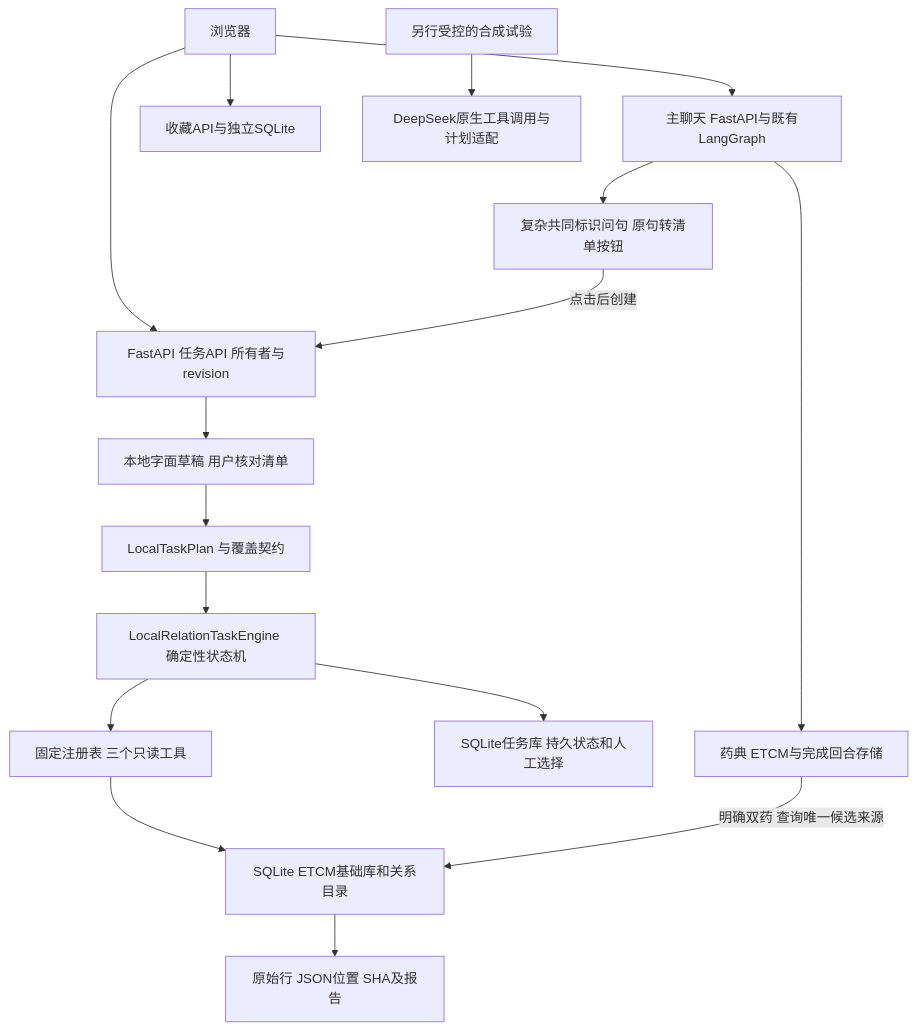
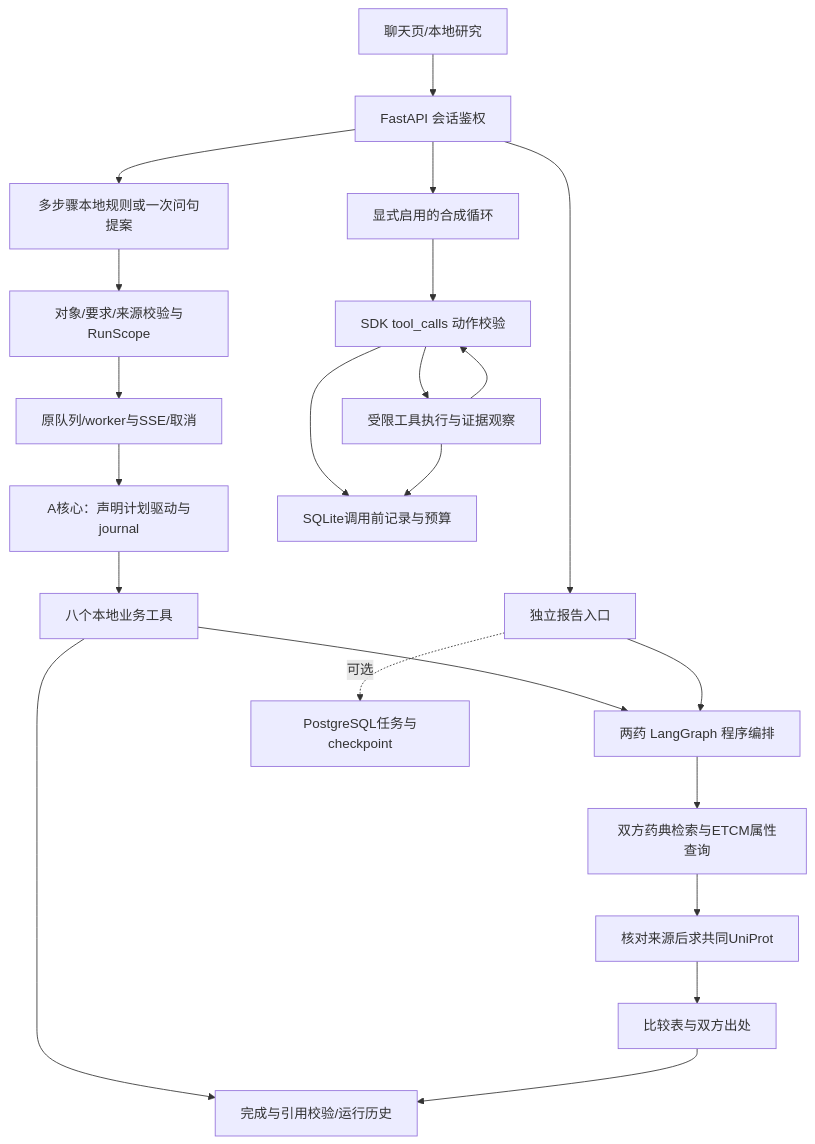
Before and after one commit to konoluluxiuda/tcm-multi-agent-assistant: the diagram in docs/PROJECT_DEMO.md, drawn with Mermaid. The commit also changed other lines of this file and 553 other files, not shown here.

````diff
--- a/docs/PROJECT_DEMO.md
+++ b/docs/PROJECT_DEMO.md
@@ -77,18 +78,25 @@
 ```mermaid
 flowchart TD
-    U[浏览器] --> API[FastAPI 任务API 所有者与revision]
-    API --> R[本地字面草稿 用户核对清单]
-    R --> P[LocalTaskPlan 与覆盖契约]
-    P --> E[LocalRelationTaskEngine 确定性状态机]
-    E --> T[固定注册表 三个只读工具]
-    T --> DB[SQLite ETCM基础库和关系目录]
-    E --> S[SQLite任务库 持久状态和人工选择]
-    DB --> O[原始行 JSON位置 SHA及报告]
-    U --> CHAT[主聊天 FastAPI与既有LangGraph]
-    CHAT --> TOOLS[药典 ETCM与完成回合存储]
-    TOOLS -->|明确双药 查询唯一候选来源| DB
-    CHAT --> H[复杂共同标识问句 原句转清单按钮]
-    H -->|点击后创建| API
-    U --> BK[收藏API与独立SQLite]
-    N[另行受控的合成试验] --> LLM[DeepSeek原生工具调用与计划适配]
+    UI[聊天页/本地研究] --> API[FastAPI 会话鉴权]
+    API --> PLAN[多步骤本地规则或一次问句提案]
+    PLAN --> SCOPE[对象/要求/来源校验与RunScope]
+    SCOPE --> QUEUE[原队列/worker与SSE/取消]
+    QUEUE --> A[A核心：声明计划驱动与journal]
+    A --> LOCAL[八个本地业务工具]
+    LOCAL --> PAIR
+    LOCAL --> SAVED
+    SAVED[完成与引用校验/运行历史]
+    API --> LEGACY[独立报告入口]
+    LEGACY --> PAIR[两药 LangGraph 程序编排]
+    PAIR --> LEAF[双方药典检索与ETCM属性查询]
+    LEAF --> TARGET[核对来源后求共同UniProt]
+    TARGET --> REPORT[比较表与双方出处]
+    REPORT --> SAVED
+    LEGACY -. 可选 .-> PG[PostgreSQL任务与checkpoint]
+    API --> DEMO[显式启用的合成循环]
+    DEMO --> DECIDE[SDK tool_calls 动作校验]
+    DECIDE --> TOOL[受限工具执行与证据观察]
+    TOOL --> DECIDE
+    DECIDE --> JOURNAL[SQLite调用前记录与预算]
+    TOOL --> JOURNAL
 ```
````
